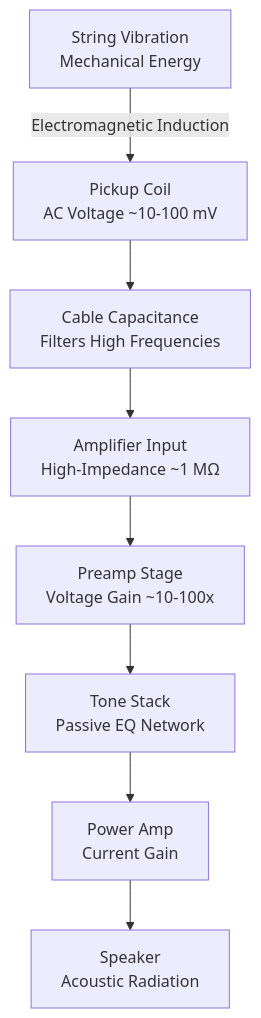
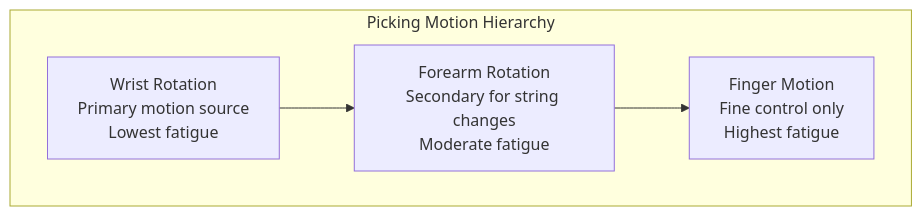
Before and after one commit to blebleblee/synapse: the second of 3 diagrams in topics/arts/music_performance/electric_guitar/lesson_03_pentatonic_modes_and_blues_phrasing.md, drawn with Mermaid. The commit also changed other lines of this file and 3 other files, not shown here.

````diff
--- a/topics/arts/music_performance/electric_guitar/lesson_03_pentatonic_modes_and_blues_phrasing.md
+++ b/topics/arts/music_performance/electric_guitar/lesson_03_pentatonic_modes_and_blues_phrasing.md
@@ -122,10 +116,7 @@
 ```mermaid
 graph TD
-    A["String Vibration<br/>Mechanical Energy"] -->|"Electromagnetic Induction"| B["Pickup Coil<br/>AC Voltage ~10-100 mV"]
-    B --> C["Cable Capacitance<br/>Filters High Frequencies"]
-    C --> D["Amplifier Input<br/>High-Impedance ~1 MΩ"]
-    D --> E["Preamp Stage<br/>Voltage Gain ~10-100x"]
-    E --> F["Tone Stack<br/>Passive EQ Network"]
-    F --> G["Power Amp<br/>Current Gain"]
-    G --> H["Speaker<br/>Acoustic Radiation"]
+    subgraph sub_picking ["Picking Motion Hierarchy"]
+        A["Wrist Rotation<br/>Primary motion source<br/>Lowest fatigue"] --> B["Forearm Rotation<br/>Secondary for string changes<br/>Moderate fatigue"]
+        B --> C["Finger Motion<br/>Fine control only<br/>Highest fatigue"]
+    end
 ```
````
